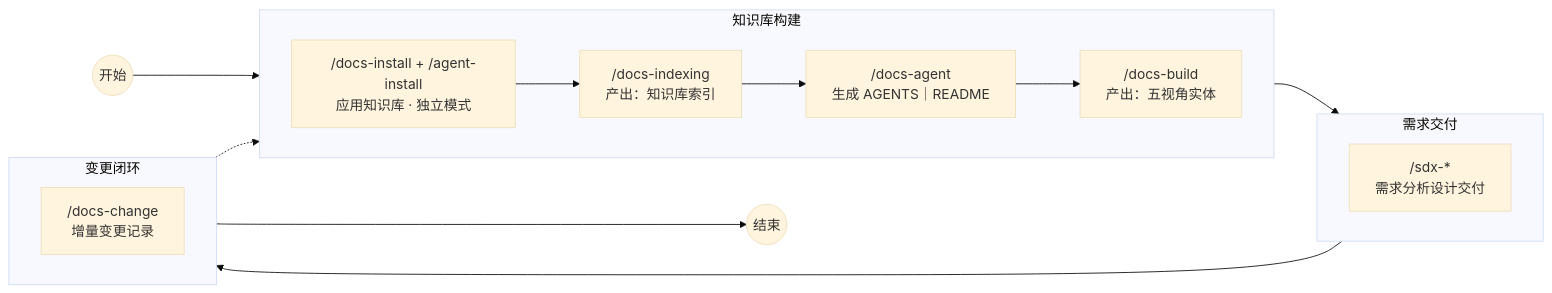
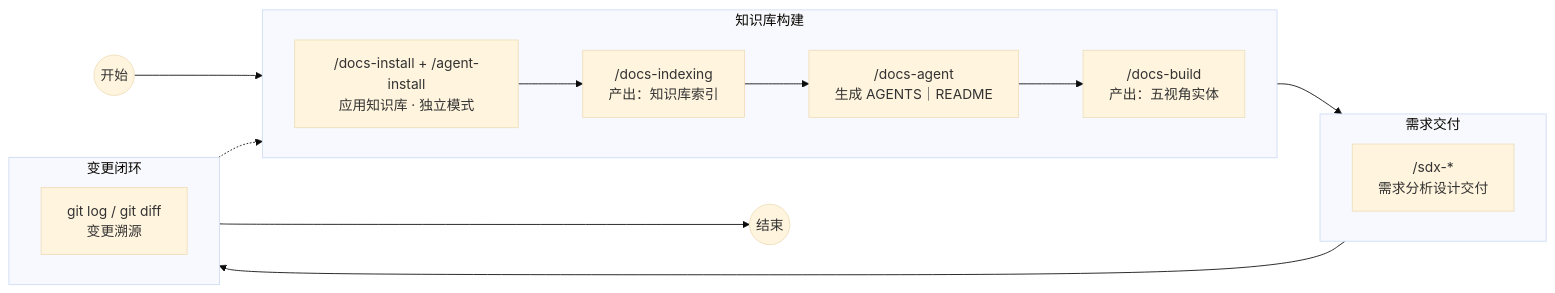
Before and after one commit to oleewen/ai-knowledge: the first of 4 diagrams in quick-start.md, drawn with Mermaid (base theme). The commit also changed other lines of this file and 44 other files, not shown here.

````diff
--- a/quick-start.md
+++ b/quick-start.md
@@ -26,29 +26,29 @@
 ```mermaid
 flowchart LR
     S((开始))
     Z((结束))
 
     subgraph KB["知识库构建"]
         direction LR
         A["/docs-install + /agent-install<br/>应用知识库 · 独立模式"]
         B["/docs-indexing<br/>产出：知识库索引"]
         F["/docs-agent<br/>生成 AGENTS｜README"]
         C["/docs-build<br/>产出：五视角实体"]
 
         A --> B --> F --> C
     end
 
     subgraph RD["需求交付"]
         direction LR
         D["/sdx-*<br/>需求分析设计交付"]
     end
 
     subgraph CHG["变更闭环"]
         direction LR
-        E["/docs-change<br/>增量变更记录"]
+        E["git log / git diff<br/>变更溯源"]
     end
 
     S --> A
     C --> D --> E --> Z
     E -.-> B
 ```
````
